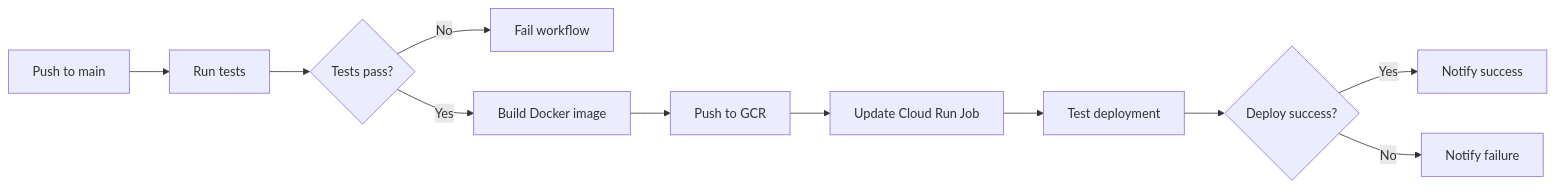
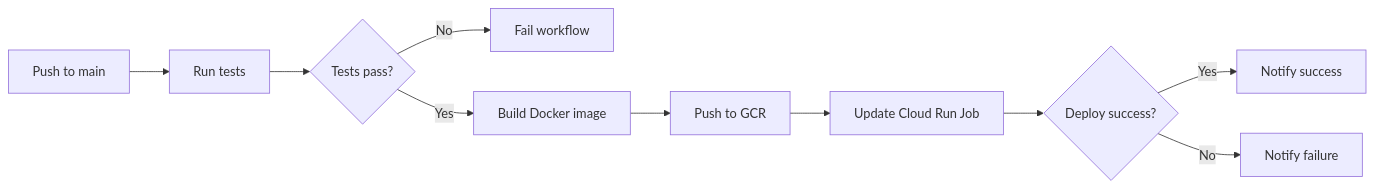
Before and after one commit to argenz/maia-proj3ct: the diagram in .github/README.md, drawn with Mermaid. The commit also changed other lines of this file and 2 other files, not shown here.

Commit message:
Remove test execution from deployment to save API credits
- Removed test deployment step from GitHub Actions workflow
- Updated deploy.sh to skip job execution after deployment
- Updated documentation to reflect that scheduled runs are the primary test
- Deployment now only validates the Cloud Run Job update succeeded

The Cloud Scheduler job will run at the configured time and test actual execution.

🤖 Generated with [Claude Code](https://claude.com/claude-code)

````diff
--- a/.github/README.md
+++ b/.github/README.md
@@ -101,13 +102,12 @@
 ```mermaid
 graph LR
     A[Push to main] --> B[Run tests]
     B --> C{Tests pass?}
     C -->|No| D[Fail workflow]
     C -->|Yes| E[Build Docker image]
     E --> F[Push to GCR]
     F --> G[Update Cloud Run Job]
-    G --> H[Test deployment]
-    H --> I{Deploy success?}
-    I -->|Yes| J[Notify success]
-    I -->|No| K[Notify failure]
+    G --> H{Deploy success?}
+    H -->|Yes| I[Notify success]
+    H -->|No| J[Notify failure]
 ```
````
